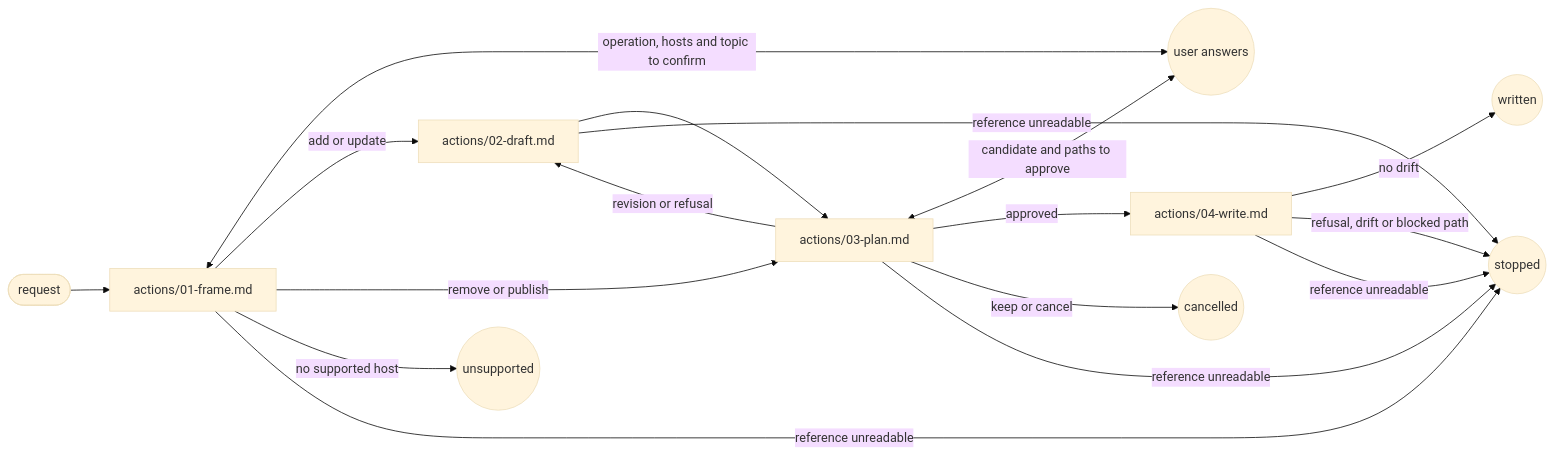
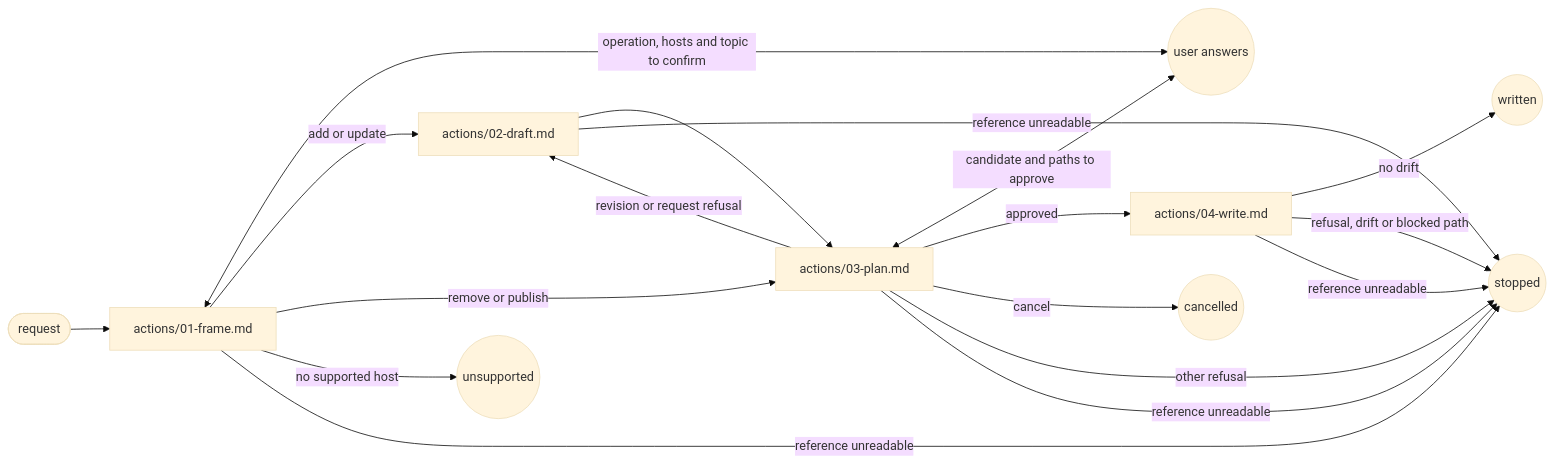
The diagram in plugins/aidd-context/skills/05-rule-generate/SKILL.md (ai-driven-dev/framework), drawn with Mermaid (base theme) before and after one commit. The commit also changed other lines of this file and 8 other files, not shown here.

````diff
--- a/plugins/aidd-context/skills/05-rule-generate/SKILL.md
+++ b/plugins/aidd-context/skills/05-rule-generate/SKILL.md
@@ -9,20 +9,21 @@
 ```mermaid
 flowchart LR
   frame["actions/01-frame.md"]
   draft["actions/02-draft.md"]
   plan["actions/03-plan.md"]
   write["actions/04-write.md"]
   entry([request]) --> frame
   frame <-->|"operation, hosts and topic to confirm"| user((user answers))
   plan <-->|"candidate and paths to approve"| user
   frame -->|"add or update"| draft
   frame -->|"remove or publish"| plan
   frame -->|"no supported host"| unsupported((unsupported))
   draft --> plan
   plan -->|"approved"| write
-  plan -->|"revision or refusal"| draft
-  plan -->|"keep or cancel"| cancelled((cancelled))
+  plan -->|"revision or request refusal"| draft
+  plan -->|"cancel"| cancelled((cancelled))
+  plan -->|"other refusal"| stopped
   write -->|"no drift"| written((written))
   write -->|"refusal, drift or blocked path"| stopped((stopped))
   frame & draft & plan & write -->|"reference unreadable"| stopped
 ```
````
